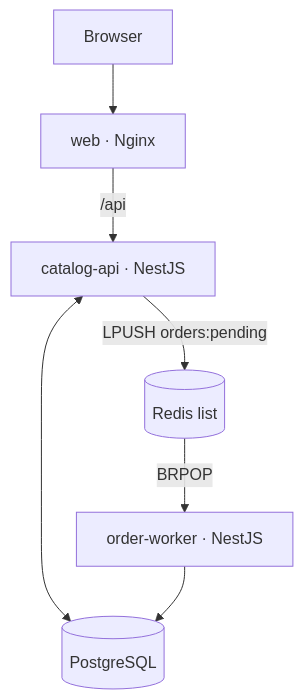
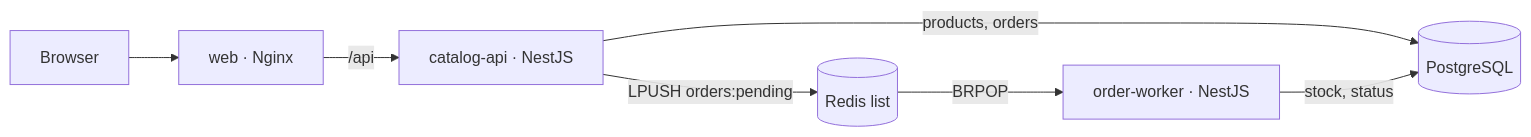
Before and after one commit to proatik/shoplite-app: the diagram in README.md, drawn with Mermaid.

Commit message:
docs(repo): draw the datastores side by side in the order flow

````diff
--- a/README.md
+++ b/README.md
@@ -10,9 +10,9 @@
 ```mermaid
-flowchart TB
+flowchart LR
     B["Browser"] --> WEB["web · Nginx"]
     WEB -->|"/api"| API["catalog-api · NestJS"]
-    API <--> PG[("PostgreSQL")]
+    API -->|"products, orders"| PG[("PostgreSQL")]
     API -->|"LPUSH orders:pending"| Q[("Redis list")]
     Q -->|"BRPOP"| WK["order-worker · NestJS"]
-    WK --> PG
+    WK -->|"stock, status"| PG
 ```
````
